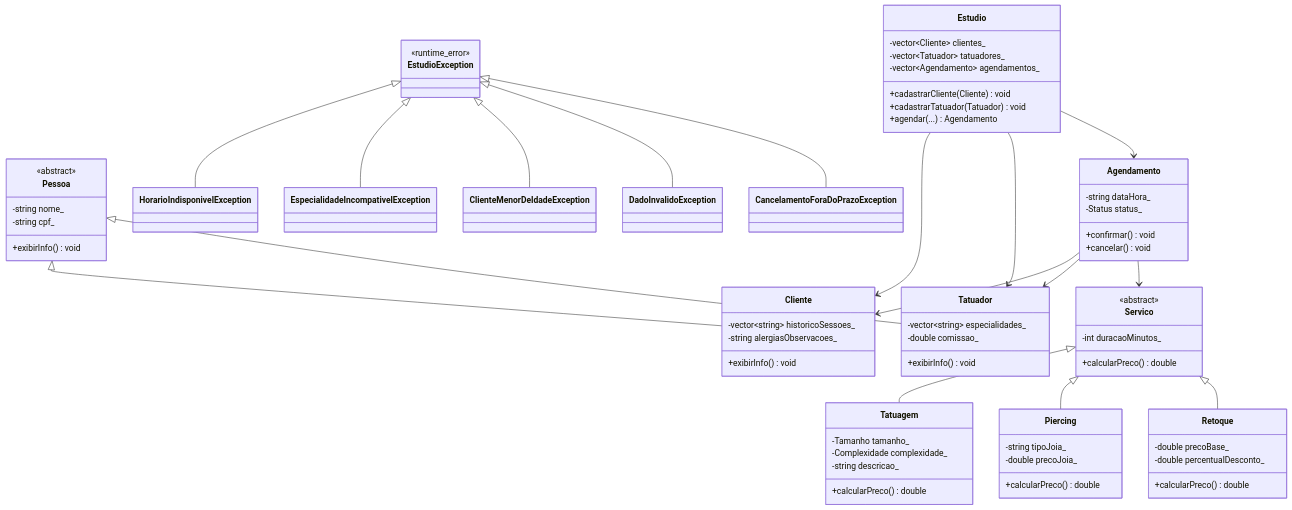
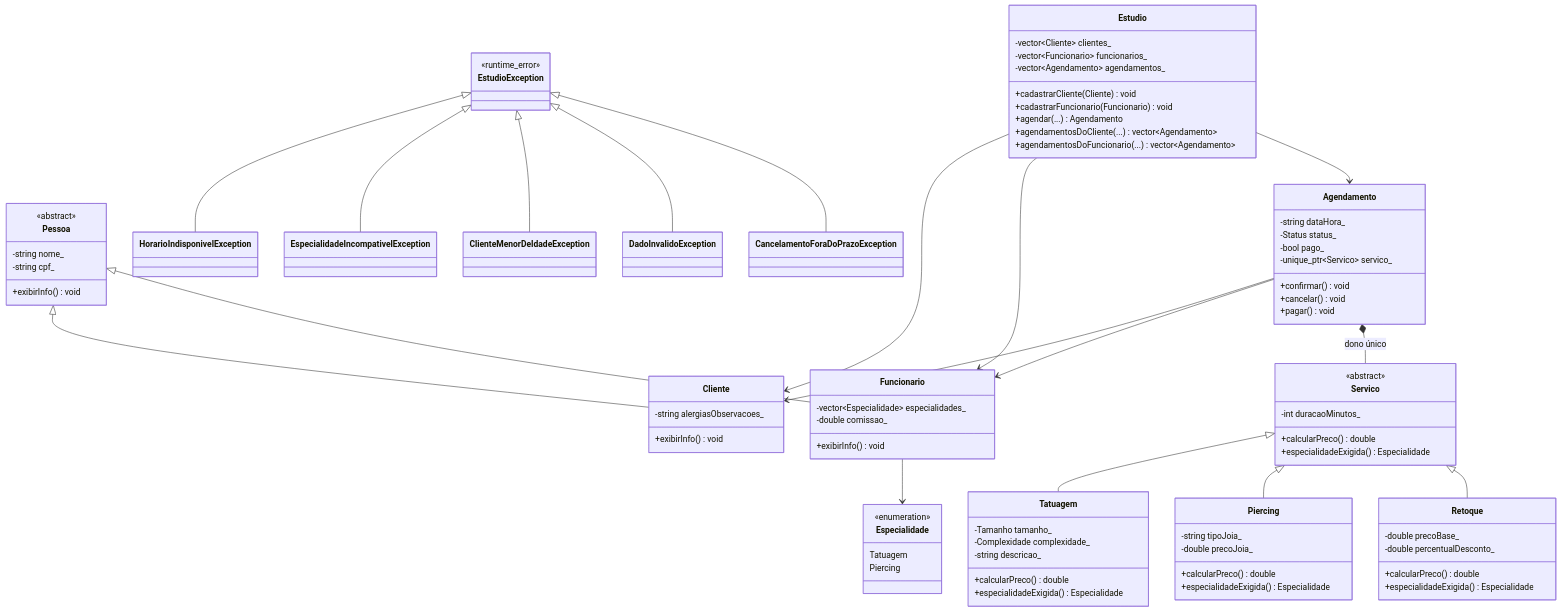
The diagram in README.md (lfvperes/estudio-tatuagem), drawn with Mermaid before and after one commit. The commit also changed other lines of this file, not shown here.

Commit message:
docs: atualiza diagrama (Funcionario, unique_ptr, pagamento, consultas no Estudio)
- Tatuador vira Funcionario; especialidade passa a ser enum
- Cliente perde historicoSessoes_; histórico vira consulta no Estudio
- Servico ganha especialidadeExigida(); Agendamento é dono único do Servico
- Agendamento ganha pago_/pagar()

```diff
--- a/README.md
+++ b/README.md
@@ -32,24 +33,31 @@
     }
 
     class Cliente {
-        -vector~string~ historicoSessoes_
         -string alergiasObservacoes_
         +exibirInfo() void
     }
 
-    class Tatuador {
-        -vector~string~ especialidades_
+    class Funcionario {
+        -vector~Especialidade~ especialidades_
         -double comissao_
         +exibirInfo() void
     }
 
+    class Especialidade {
+        <<enumeration>>
+        Tatuagem
+        Piercing
+    }
+
     Pessoa <|-- Cliente
-    Pessoa <|-- Tatuador
+    Pessoa <|-- Funcionario
+    Funcionario --> Especialidade
 
     class Servico {
         <<abstract>>
         -int duracaoMinutos_
         +calcularPreco() double
+        +especialidadeExigida() Especialidade
     }
 
     class Tatuagem {
@@ -57,18 +65,21 @@
         -Complexidade complexidade_
         -string descricao_
         +calcularPreco() double
+        +especialidadeExigida() Especialidade
     }
 
     class Piercing {
         -string tipoJoia_
         -double precoJoia_
         +calcularPreco() double
+        +especialidadeExigida() Especialidade
     }
 
     class Retoque {
         -double precoBase_
         -double percentualDesconto_
         +calcularPreco() double
+        +especialidadeExigida() Especialidade
     }
 
     Servico <|-- Tatuagem
@@ -78,24 +89,29 @@
     class Agendamento {
         -string dataHora_
         -Status status_
+        -bool pago_
+        -unique_ptr~Servico~ servico_
         +confirmar() void
         +cancelar() void
+        +pagar() void
     }
 
     class Estudio {
         -vector~Cliente~ clientes_
-        -vector~Tatuador~ tatuadores_
+        -vector~Funcionario~ funcionarios_
         -vector~Agendamento~ agendamentos_
         +cadastrarCliente(Cliente) void
-        +cadastrarTatuador(Tatuador) void
+        +cadastrarFuncionario(Funcionario) void
         +agendar(...) Agendamento
+        +agendamentosDoCliente(...) vector~Agendamento~
+        +agendamentosDoFuncionario(...) vector~Agendamento~
     }
 
     Agendamento --> Cliente
-    Agendamento --> Tatuador
-    Agendamento --> Servico
+    Agendamento --> Funcionario
+    Agendamento *-- Servico : dono único
     Estudio --> Cliente
-    Estudio --> Tatuador
+    Estudio --> Funcionario
     Estudio --> Agendamento
 
     class EstudioException {
```
